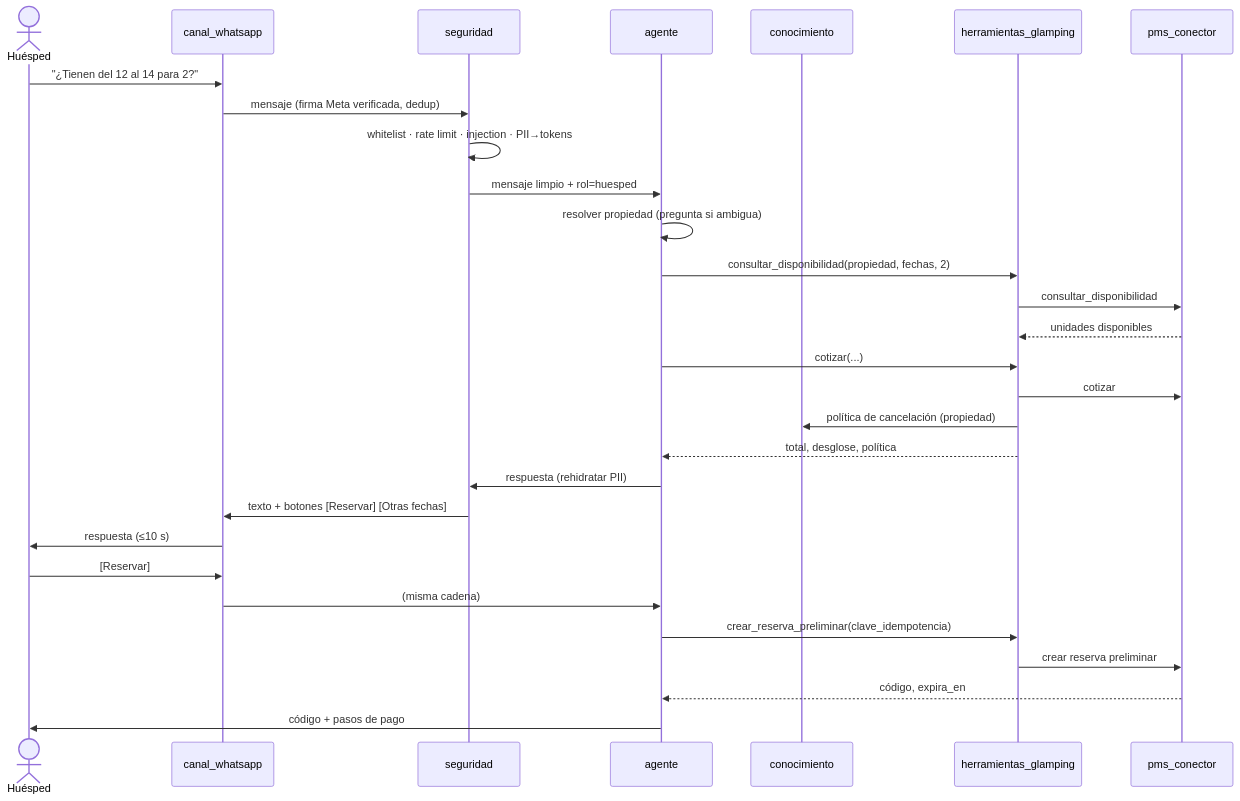
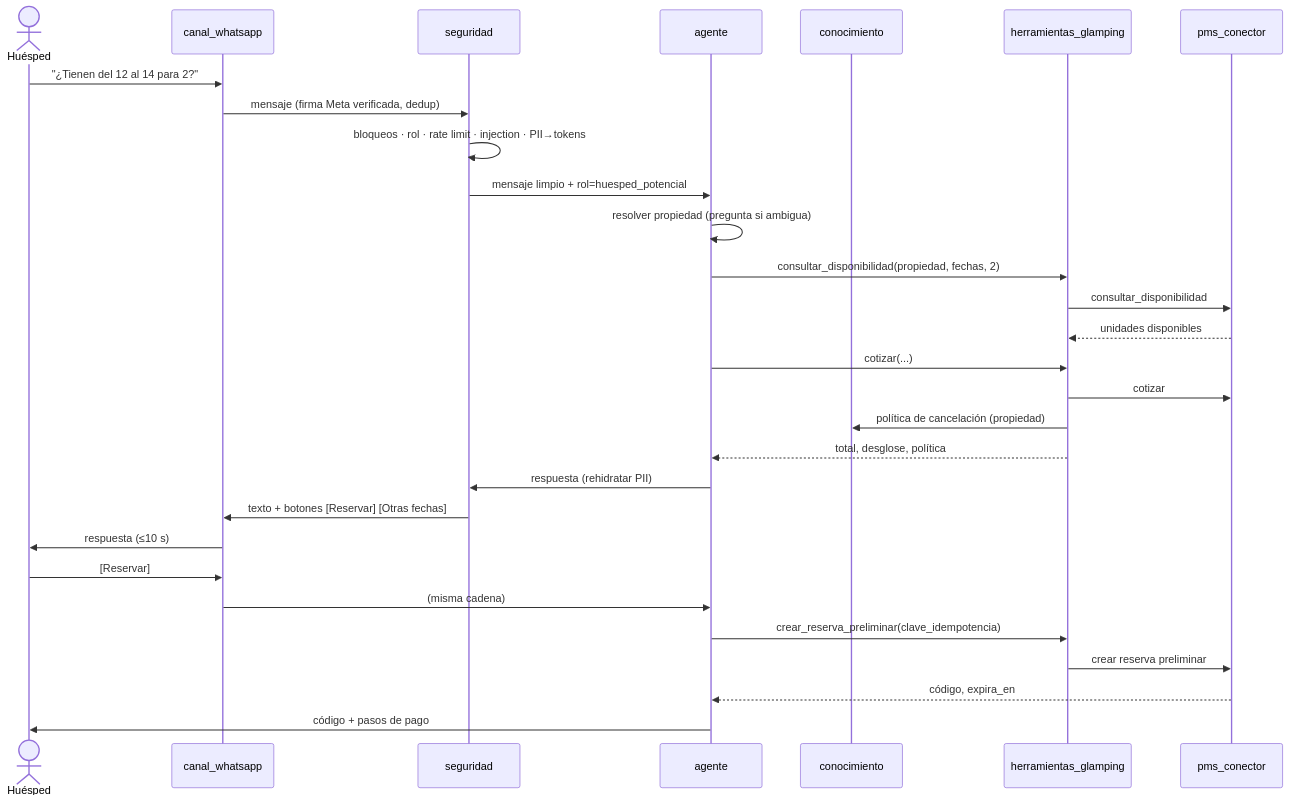
The first of 5 diagrams in docs/PRD.md (jucaprosi/Asistencia), drawn with Mermaid before and after one commit. The commit also changed other lines of this file and 56 other files, not shown here.

````diff
--- a/docs/PRD.md
+++ b/docs/PRD.md
@@ -345,31 +351,31 @@
 ```mermaid
 sequenceDiagram
     actor H as Huésped
     participant GW as canal_whatsapp
     participant SEC as seguridad
     participant AG as agente
     participant RAG as conocimiento
     participant MCP as herramientas_glamping
     participant PMS as pms_conector
     H->>GW: "¿Tienen del 12 al 14 para 2?"
     GW->>SEC: mensaje (firma Meta verificada, dedup)
-    SEC->>SEC: whitelist · rate limit · injection · PII→tokens
-    SEC->>AG: mensaje limpio + rol=huesped
+    SEC->>SEC: bloqueos · rol · rate limit · injection · PII→tokens
+    SEC->>AG: mensaje limpio + rol=huesped_potencial
     AG->>AG: resolver propiedad (pregunta si ambigua)
     AG->>MCP: consultar_disponibilidad(propiedad, fechas, 2)
     MCP->>PMS: consultar_disponibilidad
     PMS-->>MCP: unidades disponibles
     AG->>MCP: cotizar(...)
     MCP->>PMS: cotizar
     MCP->>RAG: política de cancelación (propiedad)
     MCP-->>AG: total, desglose, política
     AG->>SEC: respuesta (rehidratar PII)
     SEC->>GW: texto + botones [Reservar] [Otras fechas]
     GW->>H: respuesta (≤10 s)
     H->>GW: [Reservar]
     GW->>AG: (misma cadena)
     AG->>MCP: crear_reserva_preliminar(clave_idempotencia)
     MCP->>PMS: crear reserva preliminar
     PMS-->>AG: código, expira_en
     AG->>H: código + pasos de pago
 ```
````
